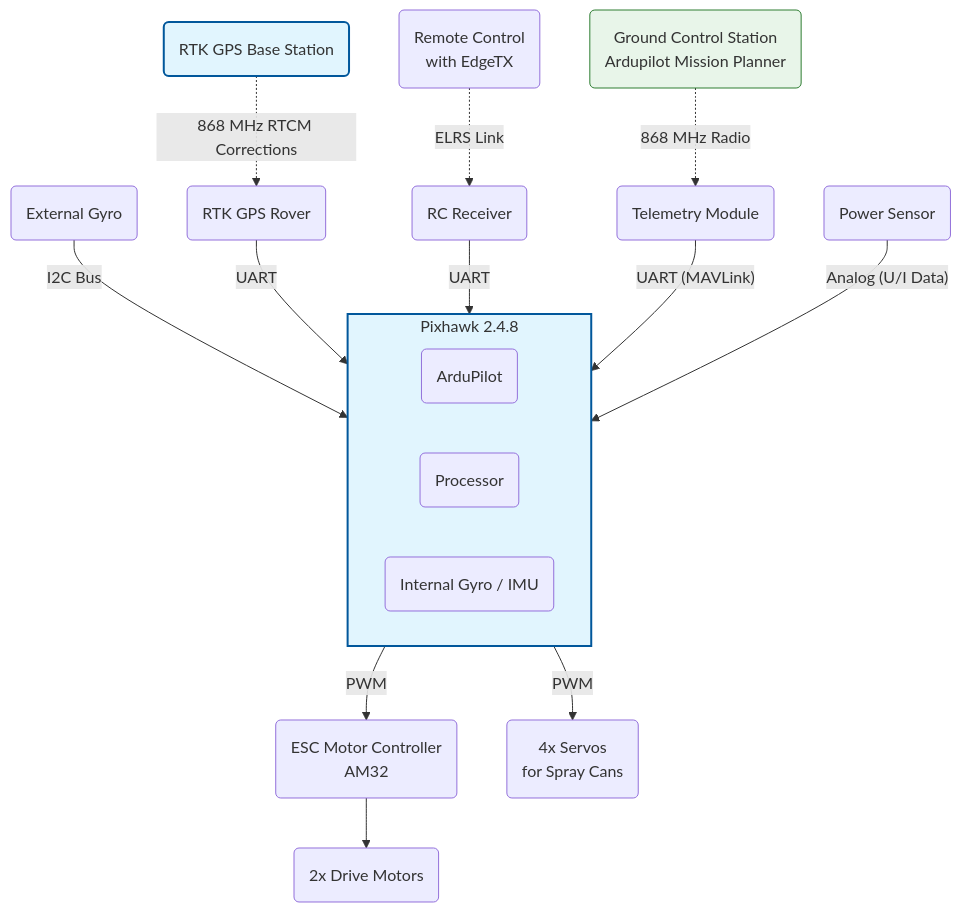
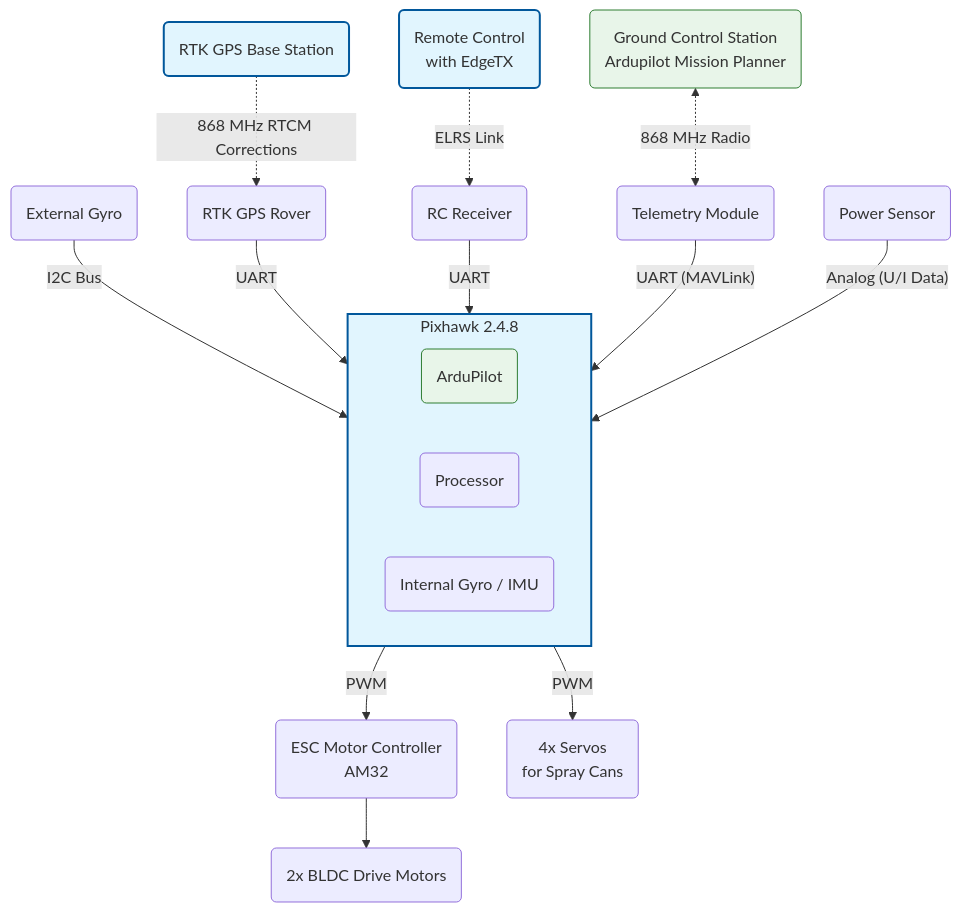
Before and after one commit to vBJohannes/RoadMarkerBot: the first of 4 diagrams in README.md, drawn with Mermaid.

````diff
--- a/README.md
+++ b/README.md
@@ -15,38 +15,38 @@
 ```mermaid
 graph TD
     %% Central Unit
     subgraph PIXHAWK [Pixhawk 2.4.8]
         AP(ArduPilot)
         CPU(Processor)
         IMU_INT(Internal Gyro / IMU)
     end
 
     %% Sensors & Inputs
     IMU_EXT(External Gyro) -- "I2C Bus" --> PIXHAWK
     GPS_ROVER(RTK GPS Rover) -- "UART" --> PIXHAWK
     RC_REC(RC Receiver) -- "UART" --> PIXHAWK
     TELE(Telemetry Module) -- "UART (MAVLink)" --> PIXHAWK
     
     %% Power Monitoring (New)
     PWR_SENS(Power Sensor) -- "Analog (U/I Data)" --> PIXHAWK
 
     %% Wireless Links
-    GCS(Ground Control Station<br>Ardupilot Mission Planner) -. "868 MHz Radio" .-> TELE
+    GCS(Ground Control Station<br>Ardupilot Mission Planner) <-. "868 MHz Radio" .-> TELE
     Remote(Remote Control<br>with EdgeTX) -. "ELRS Link" .-> RC_REC
 
     %% GPS RTK
     GPS_BASE(RTK GPS Base Station) -. "868 MHz RTCM Corrections" .-> GPS_ROVER
 
     %% Actuators (Outputs)
     PIXHAWK -- "PWM" --> ESC(ESC Motor Controller<br>AM32)
-    ESC --> MOT(2x Drive Motors)
+    ESC --> MOT(2x BLDC Drive Motors)
     
     PIXHAWK -- "PWM" --> SER(4x Servos<br>for Spray Cans)
 
     %% Styling
     classDef system fill:#e1f5fe,stroke:#01579b,stroke-width:2px;
     classDef software fill:#e8f5e9,stroke:#2e7d32;
     classDef external fill:#fff9c4,stroke:#fbc02d;
-    class PIXHAWK,GPS_BASE system;
-    class GCS software;
+    class PIXHAWK,GPS_BASE,Remote system;
+    class GCS,AP software;
 ```
````
